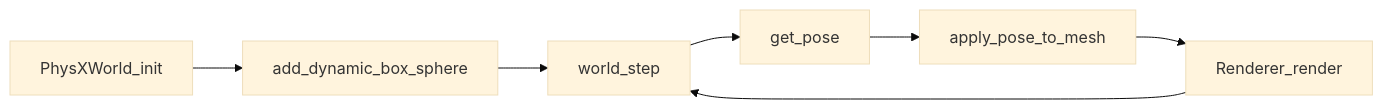
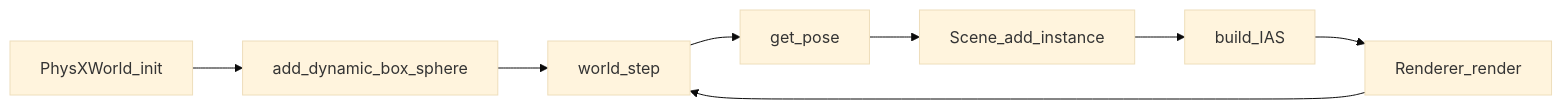
One commit to goooxu/LumenCore changed the diagram in docs/report/09-physx-integration.md. Above: the diagram before and after it, drawn with Mermaid (base theme). The commit also changed other lines of this file and 29 other files, not shown here.

````diff
--- a/docs/report/09-physx-integration.md
+++ b/docs/report/09-physx-integration.md
@@ -15,9 +15,10 @@
 ```mermaid
 flowchart LR
   init[PhysXWorld_init] --> add[add_dynamic_box_sphere]
   add --> step[world_step]
   step --> pose[get_pose]
-  pose --> mesh[apply_pose_to_mesh]
-  mesh --> render[Renderer_render]
+  pose --> inst[Scene_add_instance]
+  inst --> ias[build_IAS]
+  ias --> render[Renderer_render]
   render --> step
 ```
````
